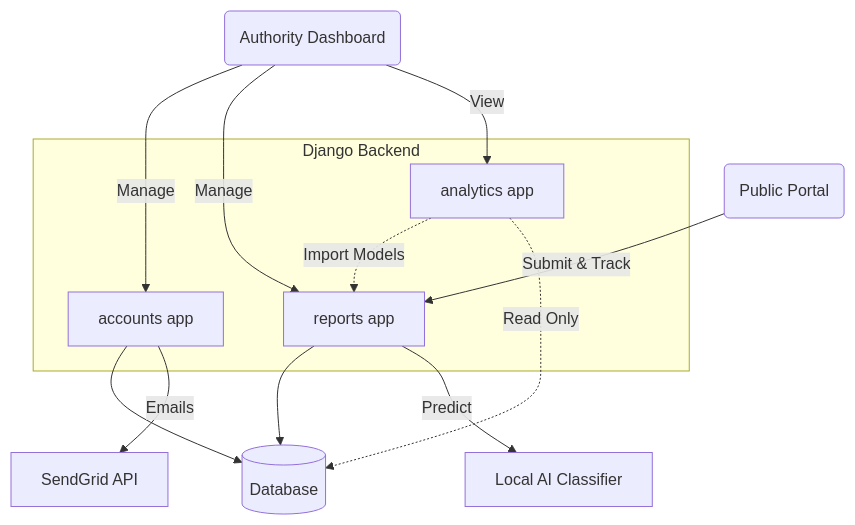
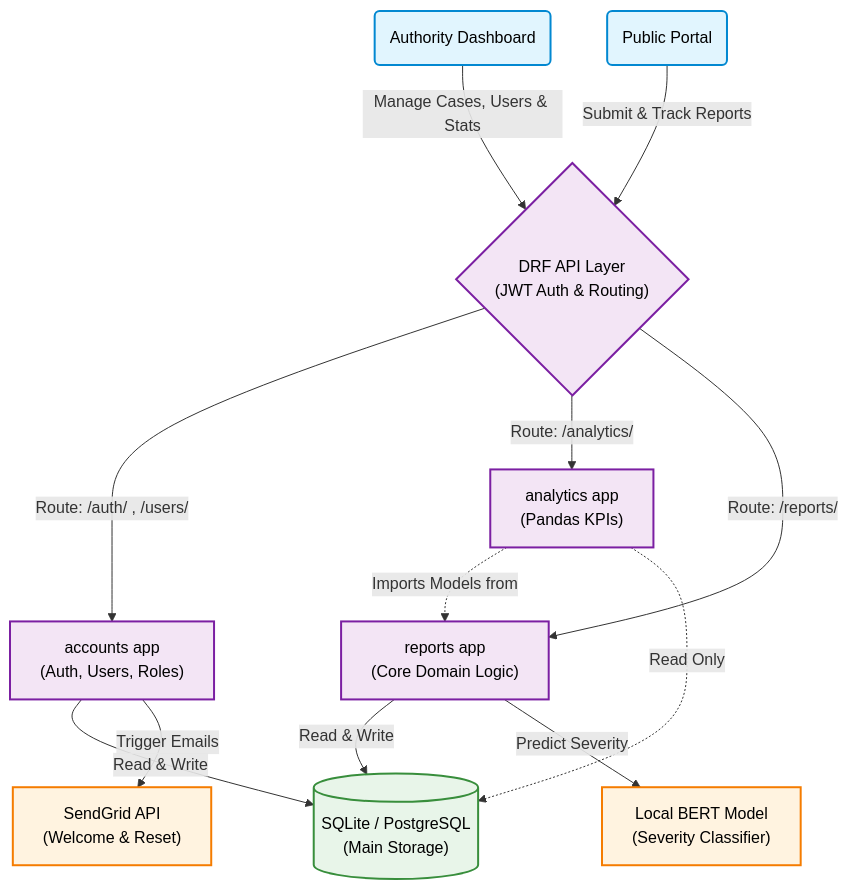
One commit to salmakhalill/Python-Sec-Sandbox changed the first of 2 diagrams in test.md. Above: the diagram before and after it, drawn with Mermaid.

````diff
--- a/test.md
+++ b/test.md
@@ -22,35 +22,46 @@
 ```mermaid
 graph TD
-    %% Client Layer
-    Portal(Public Portal)
-    Dashboard(Authority Dashboard)
+    %% Custom Styles for a Premium Look
+    classDef frontend fill:#e1f5fe,stroke:#0288d1,stroke-width:2px,color:#000;
+    classDef backend fill:#f3e5f5,stroke:#7b1fa2,stroke-width:2px,color:#000;
+    classDef storage fill:#e8f5e9,stroke:#388e3c,stroke-width:2px,color:#000;
+    classDef service fill:#fff3e0,stroke:#f57c00,stroke-width:2px,color:#000;
 
-    %% Backend Monolith
-    subgraph Django_Backend [Django Backend]
-        Accounts[accounts app]
-        Reports[reports app]
-        Analytics[analytics app]
-    end
+    %% Layer 1: Frontends (Top)
+    Dashboard("Authority Dashboard"):::frontend
+    Portal("Public Portal"):::frontend
 
-    %% External & Storage
-    DB[(Database)]
-    AI[Local AI Classifier]
-    SG[SendGrid API]
+    %% Layer 2: API Gateway (Upper Middle)
+    API{"DRF API Layer<br/>(JWT Auth & Routing)"}:::backend
 
-    %% Frontend to Backend Flow
-    Portal -->|Submit & Track| Reports
-    Dashboard -->|Manage| Accounts
-    Dashboard -->|Manage| Reports
-    Dashboard -->|View| Analytics
+    %% Layer 3: Core Apps (Lower Middle)
+    Accounts["accounts app<br/>(Auth, Users, Roles)"]:::backend
+    Analytics["analytics app<br/>(Pandas KPIs)"]:::backend
+    Reports["reports app<br/>(Core Domain Logic)"]:::backend
 
-    %% Internal Dependency
-    Analytics -.->|Import Models| Reports
+    %% Layer 4: Infrastructure (Bottom)
+    SG["SendGrid API<br/>(Welcome & Reset)"]:::service
+    DB[("SQLite / PostgreSQL<br/>(Main Storage)")]:::storage
+    AI["Local BERT Model<br/>(Severity Classifier)"]:::service
 
-    %% Backend to Storage & Services
-    Accounts --> DB
-    Reports --> DB
+    %% Flow 1: Frontends to API
+    Dashboard -->|Manage Cases, Users & Stats| API
+    Portal -->|Submit & Track Reports| API
+
+    %% Flow 2: API to Apps
+    API -->|Route: /auth/ , /users/| Accounts
+    API -->|Route: /analytics/| Analytics
+    API -->|Route: /reports/| Reports
+
+    %% Flow 3: Inter-App Dependencies
+    Analytics -.->|Imports Models from| Reports
+
+    %% Flow 4: Apps to Storage
+    Accounts -->|Read & Write| DB
     Analytics -.->|Read Only| DB
+    Reports -->|Read & Write| DB
 
-    Accounts -->|Emails| SG
-    Reports -->|Predict| AI
+    %% Flow 5: Apps to External Services
+    Accounts -->|Trigger Emails| SG
+    Reports -->|Predict Severity| AI
 ```
````
